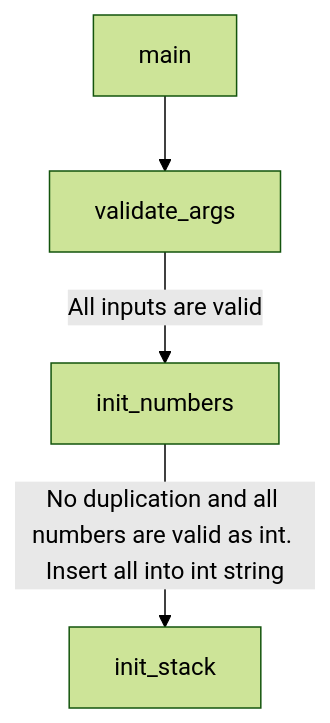
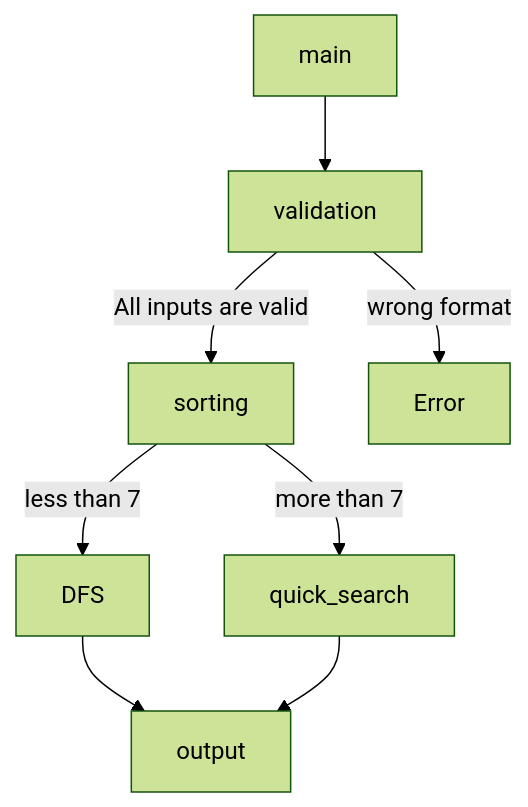
The diagram in README.md (itkimura/Push_swap_42), drawn with Mermaid (forest theme) before and after one commit. The commit also changed other lines of this file, not shown here.

````diff
--- a/README.md
+++ b/README.md
@@ -42,6 +87,10 @@
 ```mermaid
   graph TD;
-      main-->validate_args;
-      validate_args-->|All inputs are valid|init_numbers;
-      init_numbers-->|No duplication and all numbers are valid as int. Insert all into int string |init_stack;
+      main-->validation;
+      validation-->|All inputs are valid|sorting;
+      validation-->|wrong format|Error;
+      sorting-->|less than 7|DFS;
+      sorting-->|more than 7|quick_search;
+      DFS-->output
+      quick_search-->output
 ```
````
